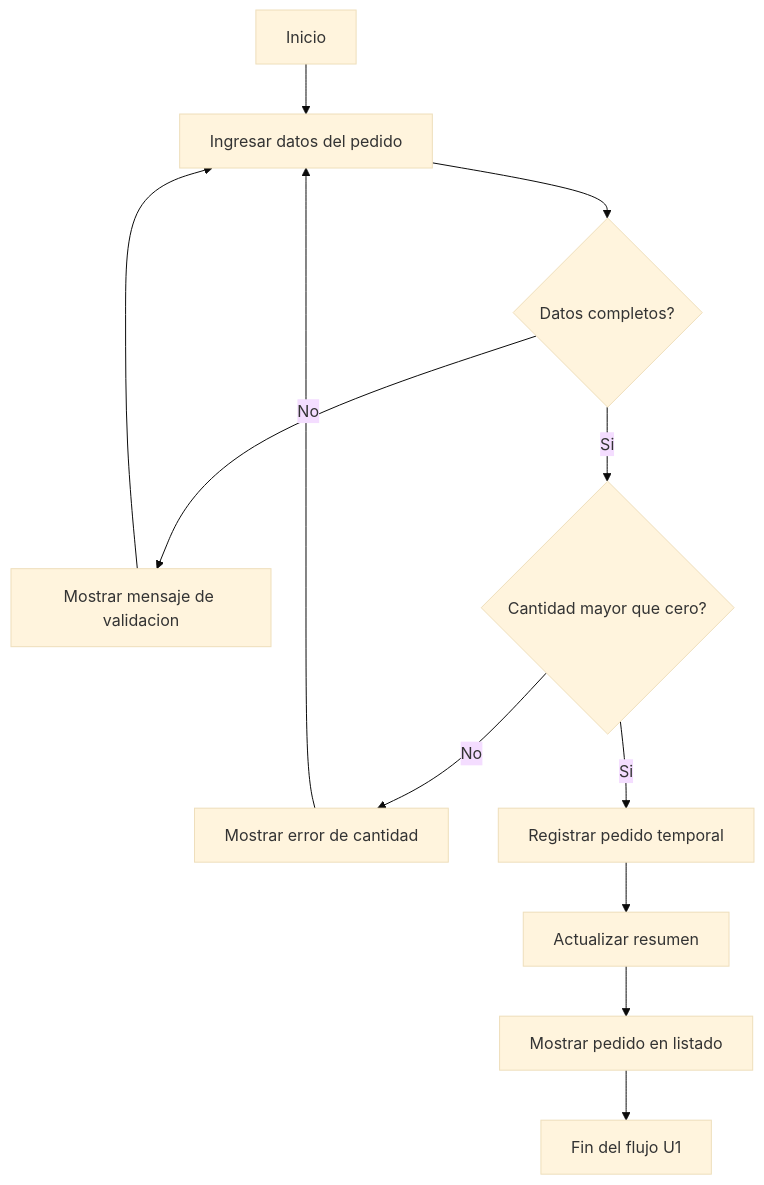
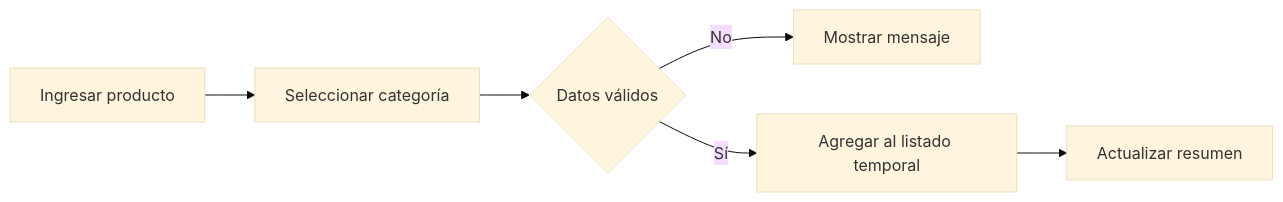
The first of 2 diagrams in docs/proyecto-integrador/u1/prototipos-u1.md (262ciclo3/bomstart), drawn with Mermaid (base theme) before and after one commit. The commit also changed other lines of this file and 23 other files, not shown here.

````diff
--- a/docs/proyecto-integrador/u1/prototipos-u1.md
+++ b/docs/proyecto-integrador/u1/prototipos-u1.md
@@ -9,14 +9,8 @@
 ```mermaid
-flowchart TB
-    A[Inicio] --> B[Ingresar datos del pedido]
-    B --> C{Datos completos?}
-    C -- No --> D[Mostrar mensaje de validacion]
-    D --> B
-    C -- Si --> E{Cantidad mayor que cero?}
-    E -- No --> F[Mostrar error de cantidad]
-    F --> B
-    E -- Si --> G[Registrar pedido temporal]
-    G --> H[Actualizar resumen]
-    H --> I[Mostrar pedido en listado]
-    I --> J[Fin del flujo U1]
+flowchart LR
+    A[Ingresar producto] --> B[Seleccionar categoría]
+    B --> C{Datos válidos}
+    C -- No --> D[Mostrar mensaje]
+    C -- Sí --> E[Agregar al listado temporal]
+    E --> F[Actualizar resumen]
 ```
````
